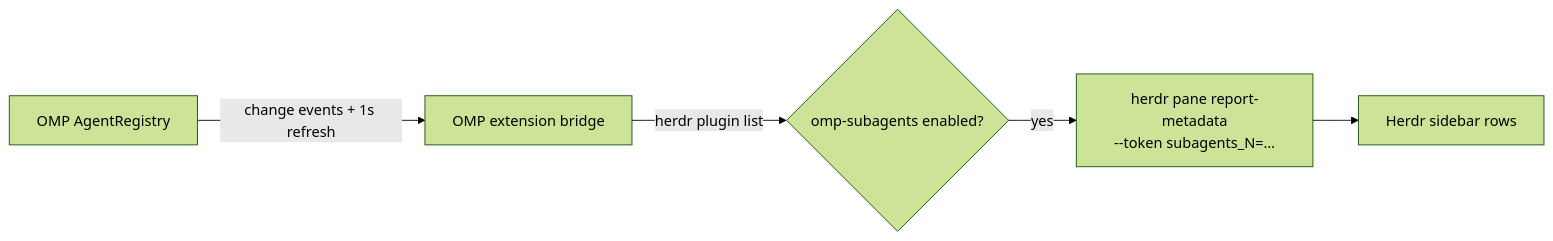
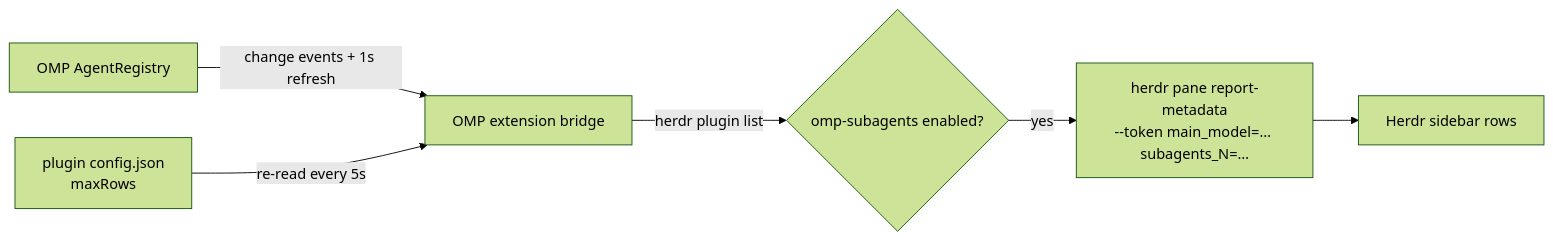
Before and after one commit to hanbong5938/herdr-omp-subagents: the diagram in README.md, drawn with Mermaid (forest theme). The commit also changed other lines of this file and 10 other files, not shown here.

Commit message:
Show main model and configure sidebar rows (v0.3.0)

````diff
--- a/README.md
+++ b/README.md
@@ -122,7 +202,8 @@
 ```mermaid
 flowchart LR
   R[OMP AgentRegistry] -->|change events + 1s refresh| B[OMP extension bridge]
+  C[plugin config.json<br/>maxRows] -->|re-read every 5s| B
   B -->|herdr plugin list| G{omp-subagents enabled?}
-  G -->|yes| P[herdr pane report-metadata<br/>--token subagents_N=…]
+  G -->|yes| P[herdr pane report-metadata<br/>--token main_model=… subagents_N=…]
   P --> S[Herdr sidebar rows]
 ```
````
